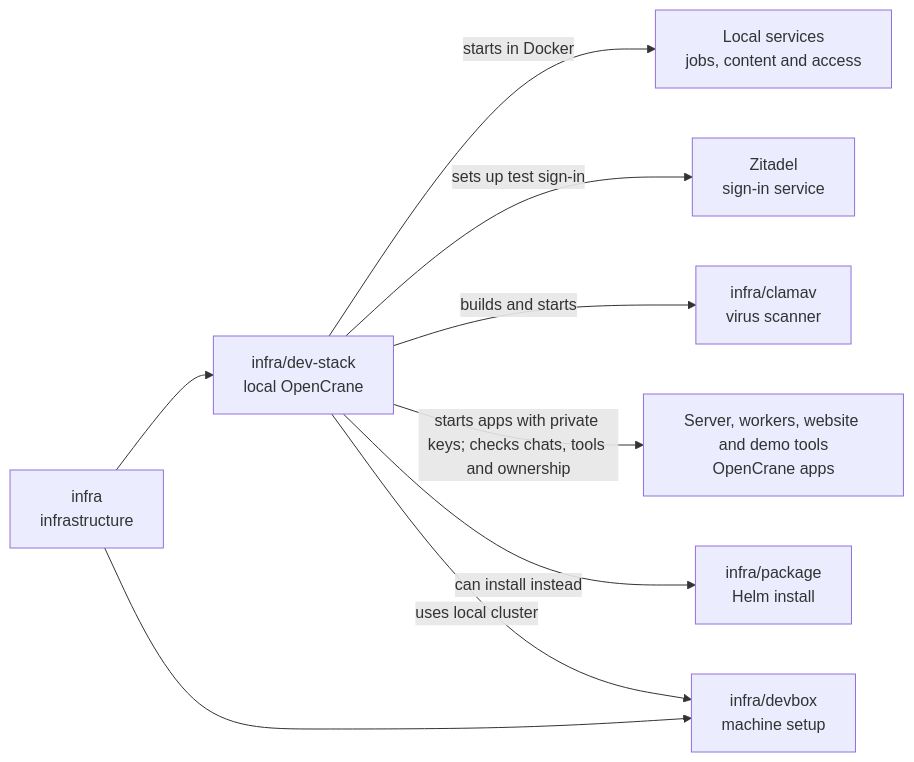
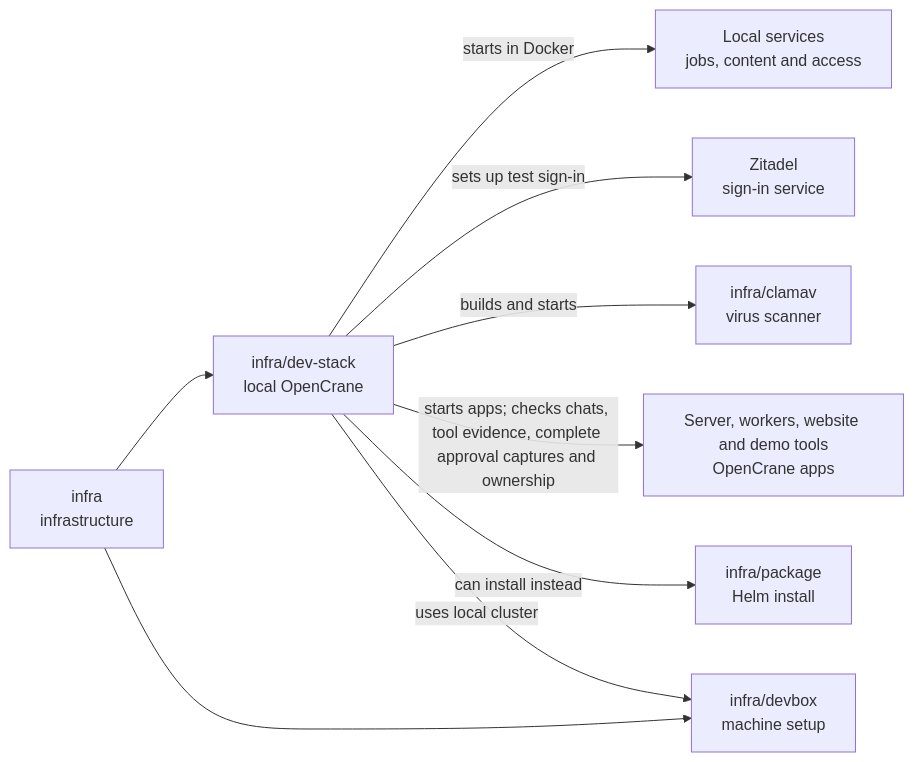
The diagram in infra/dev-stack/README.md (elewa-git/opencrane-new), drawn with Mermaid before and after one commit. The commit also changed other lines of this file and 27 other files, not shown here.

First line of the commit message:
🛠️ Fix tool reply labels and local approval checks

````diff
--- a/infra/dev-stack/README.md
+++ b/infra/dev-stack/README.md
@@ -16,11 +16,11 @@
 ```mermaid
 flowchart LR
   infra["infra<br/>infrastructure"] --> stack["infra/dev-stack<br/>local OpenCrane"]
   infra --> devbox["infra/devbox<br/>machine setup"]
   stack -->|starts in Docker| services["Local services<br/>jobs, content and access"]
   stack -->|sets up test sign-in| zitadel["Zitadel<br/>sign-in service"]
   stack -->|builds and starts| clamav["infra/clamav<br/>virus scanner"]
-  stack -->|starts apps with private keys; checks chats, tools and ownership| apps["Server, workers, website and demo tools<br/>OpenCrane apps"]
+  stack -->|starts apps; checks chats, tool evidence, complete approval captures and ownership| apps["Server, workers, website and demo tools<br/>OpenCrane apps"]
   stack -->|can install instead| package["infra/package<br/>Helm install"]
   stack -->|uses local cluster| devbox
 ```
````
